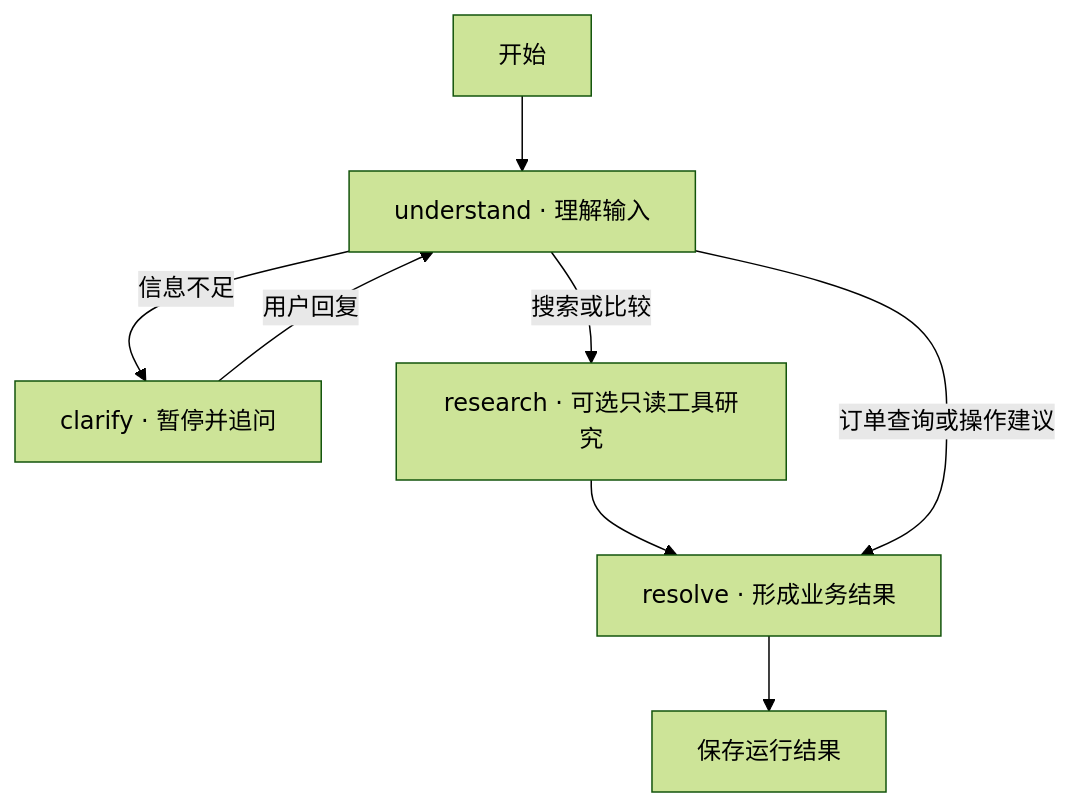
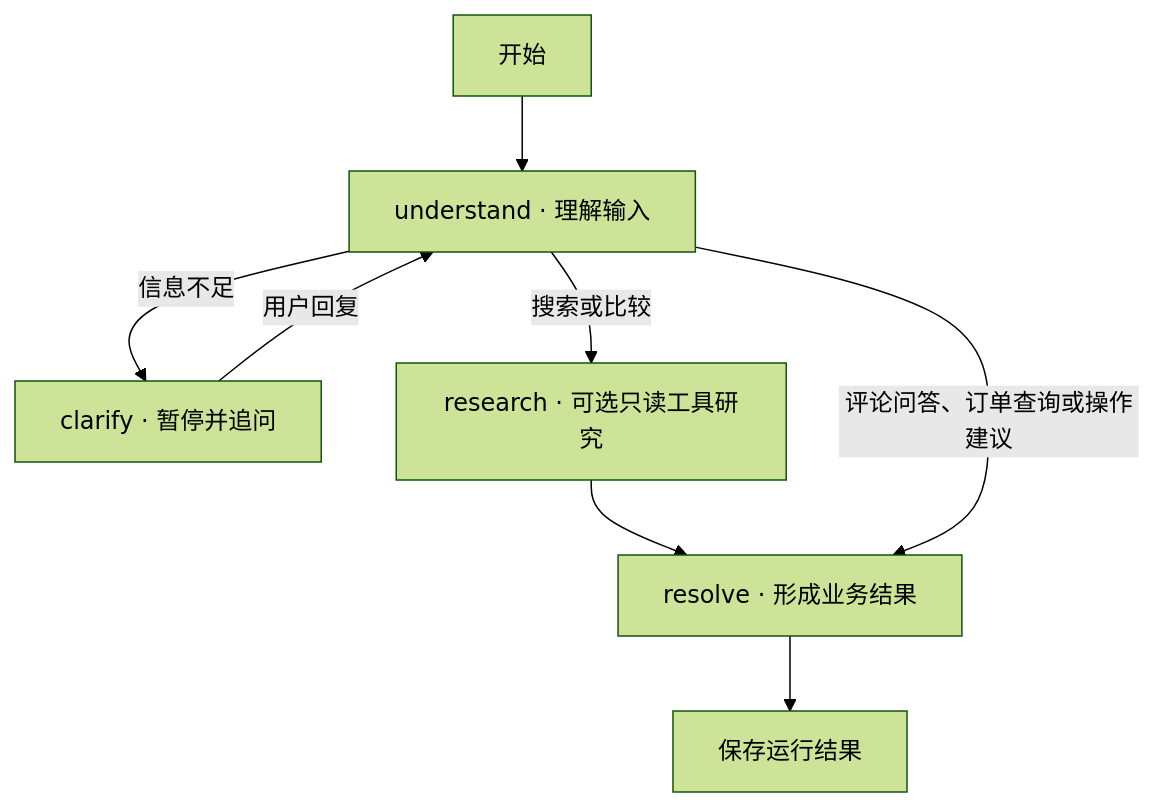
Before and after one commit to Qingyu-Zhang/Shopping-Agent: the second of 2 diagrams in SHOPPING_AGENT_TUTORIAL_ZH.md, drawn with Mermaid (forest theme). The commit also changed other lines of this file and 35 other files, not shown here.

````diff
--- a/SHOPPING_AGENT_TUTORIAL_ZH.md
+++ b/SHOPPING_AGENT_TUTORIAL_ZH.md
@@ -115,10 +117,10 @@
 ```mermaid
 flowchart TD
     S["开始"] --> U["understand · 理解输入"]
     U -->|"信息不足"| C["clarify · 暂停并追问"]
     C -->|"用户回复"| U
     U -->|"搜索或比较"| R["research · 可选只读工具研究"]
     R --> Q["resolve · 形成业务结果"]
-    U -->|"订单查询或操作建议"| Q
+    U -->|"评论问答、订单查询或操作建议"| Q
     Q --> E["保存运行结果"]
 ```
````
